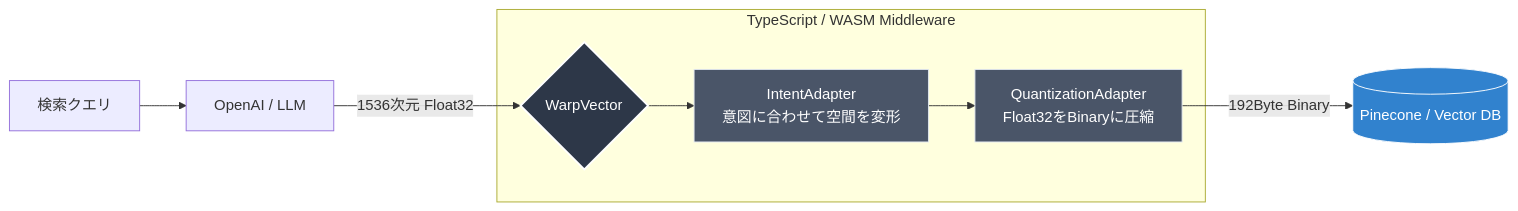
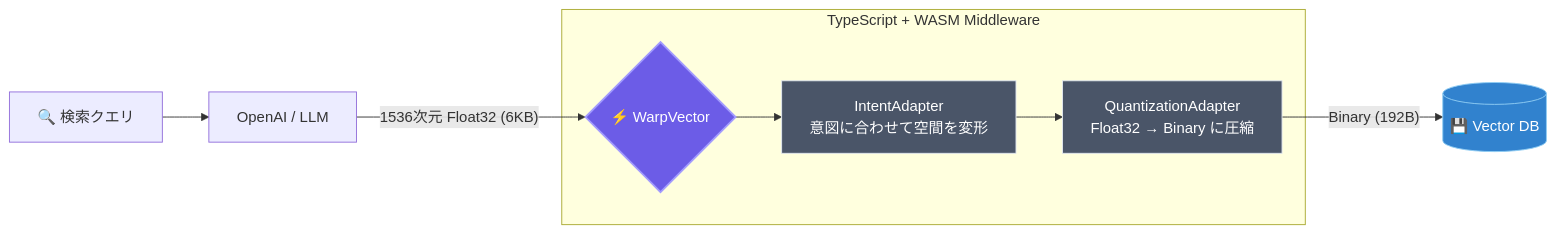
Before and after one commit to daiki-moritake/warpvector: the first of 2 diagrams in articles/reduce-pinecone-costs.md, drawn with Mermaid. The commit also changed other lines of this file, not shown here.

Commit message:
docs: update pinecone cost reduction article with latest optimization techniques

````diff
--- a/articles/reduce-pinecone-costs.md
+++ b/articles/reduce-pinecone-costs.md
@@ -29,17 +29,17 @@
 ```mermaid
 graph LR
-    User[検索クエリ] --> LLM[OpenAI / LLM]
-    LLM -->|1536次元 Float32| WV{WarpVector}
+    User["🔍 検索クエリ"] --> LLM["OpenAI / LLM"]
+    LLM -->|"1536次元 Float32 (6KB)"| WV{"⚡ WarpVector"}
 
-    subgraph WarpVector [TypeScript / WASM Middleware]
-        WV --> IA[IntentAdapter<br/>意図に合わせて空間を変形]
-        IA --> QA[QuantizationAdapter<br/>Float32をBinaryに圧縮]
+    subgraph WarpVector ["TypeScript + WASM Middleware"]
+        WV --> IA["IntentAdapter<br/>意図に合わせて空間を変形"]
+        IA --> QA["QuantizationAdapter<br/>Float32 → Binary に圧縮"]
     end
 
-    QA -->|192Byte Binary| DB[(Pinecone / Vector DB)]
+    QA -->|"Binary (192B)"| DB[("💾 Vector DB")]
 
-    style WV fill:#2d3748,stroke:#fff,stroke-width:2px,color:#fff
+    style WV fill:#6c5ce7,stroke:#a29bfe,stroke-width:2px,color:#fff
     style IA fill:#4a5568,stroke:#e2e8f0,color:#fff
     style QA fill:#4a5568,stroke:#e2e8f0,color:#fff
-    style DB fill:#3182ce,stroke:#fff,color:#fff
+    style DB fill:#3182ce,stroke:#90cdf4,color:#fff
 ```
````
